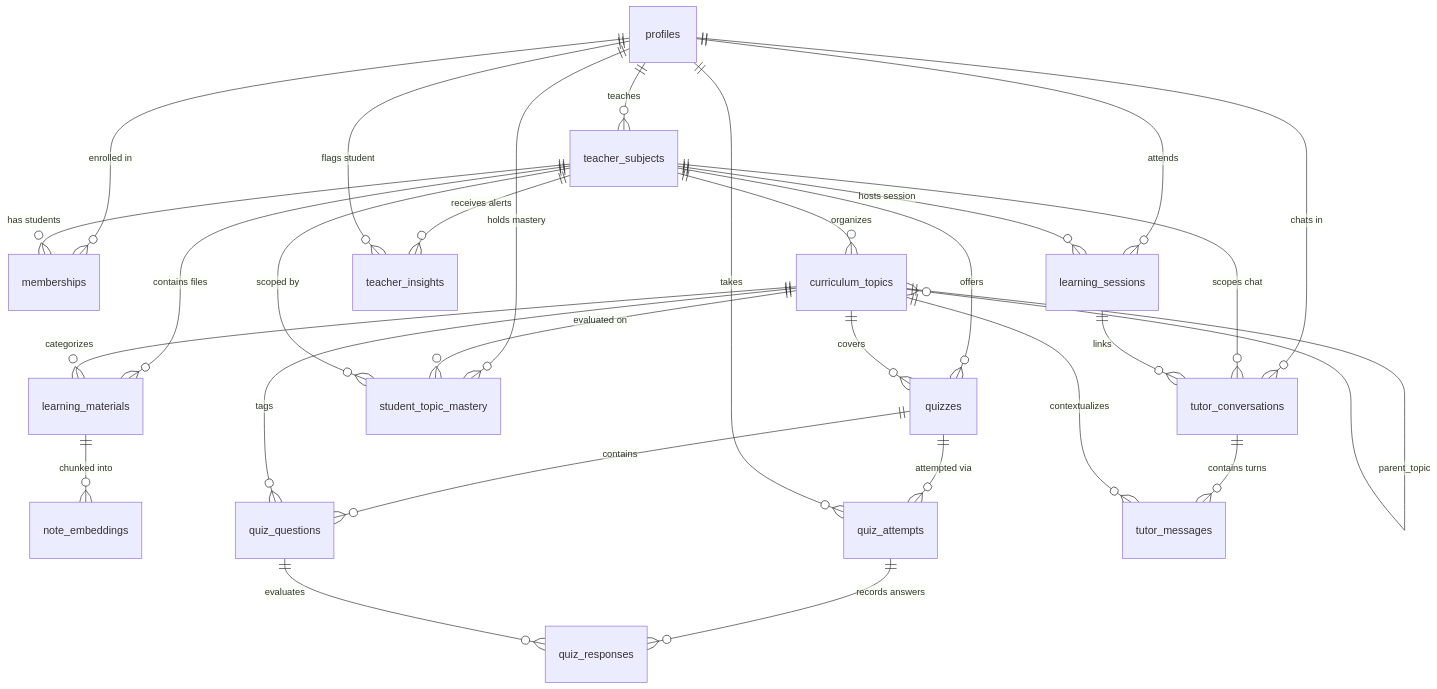
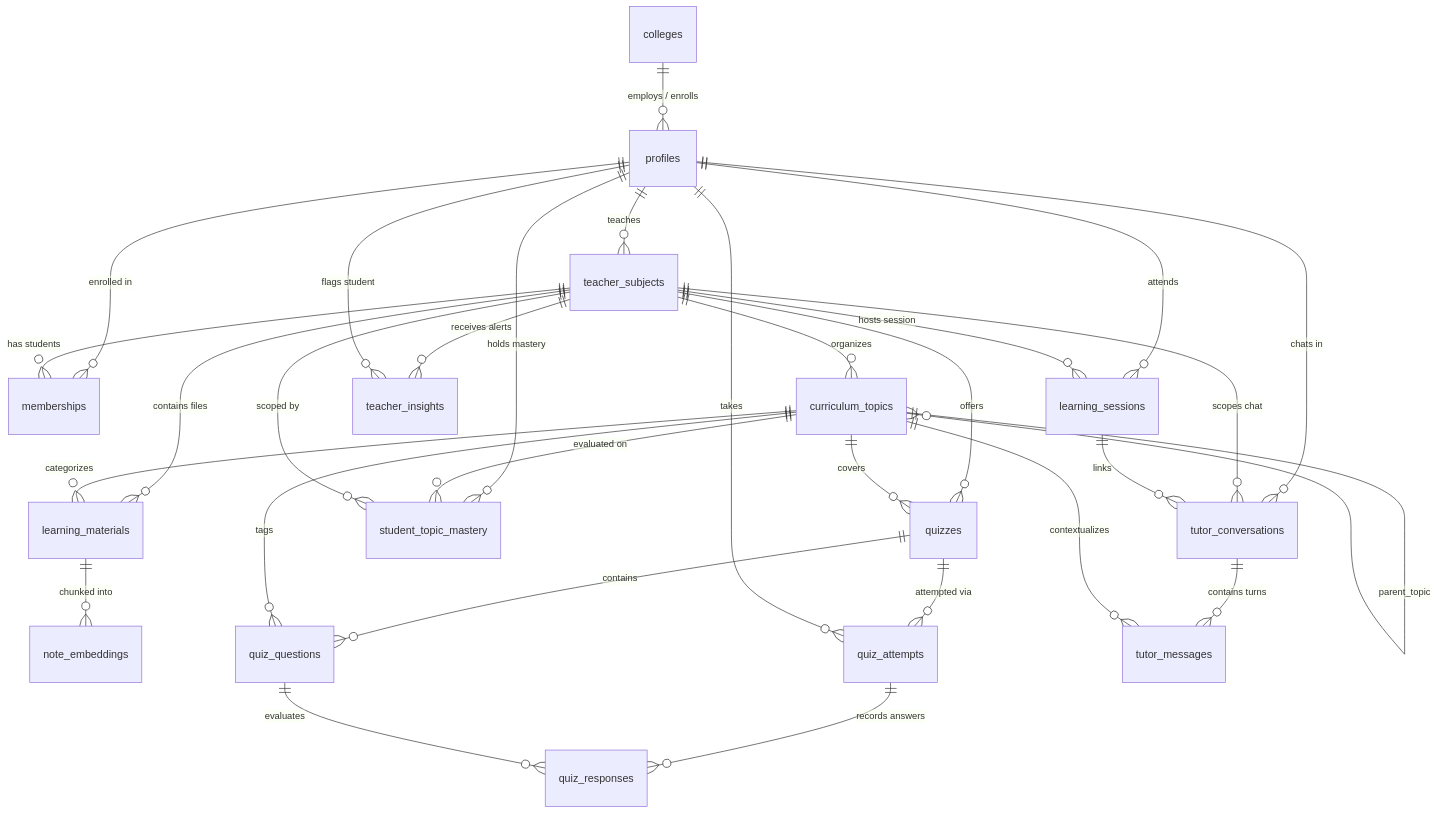
Before and after one commit to Srinanth/ThinkFirst: the diagram in docs/DATABASE.md, drawn with Mermaid. The commit also changed other lines of this file and 12 other files, not shown here.

````diff
--- a/docs/DATABASE.md
+++ b/docs/DATABASE.md
@@ -26,31 +26,32 @@
 ```mermaid
 erDiagram
+    colleges ||--o{ profiles : "employs / enrolls"
     profiles ||--o{ teacher_subjects : "teaches"
     profiles ||--o{ memberships : "enrolled in"
     teacher_subjects ||--o{ memberships : "has students"
     teacher_subjects ||--o{ curriculum_topics : "organizes"
     curriculum_topics ||--o{ curriculum_topics : "parent_topic"
     teacher_subjects ||--o{ learning_materials : "contains files"
     curriculum_topics ||--o{ learning_materials : "categorizes"
     learning_materials ||--o{ note_embeddings : "chunked into"
     teacher_subjects ||--o{ quizzes : "offers"
     curriculum_topics ||--o{ quizzes : "covers"
     quizzes ||--o{ quiz_questions : "contains"
     curriculum_topics ||--o{ quiz_questions : "tags"
     quizzes ||--o{ quiz_attempts : "attempted via"
     profiles ||--o{ quiz_attempts : "takes"
     quiz_attempts ||--o{ quiz_responses : "records answers"
     quiz_questions ||--o{ quiz_responses : "evaluates"
     profiles ||--o{ student_topic_mastery : "holds mastery"
     curriculum_topics ||--o{ student_topic_mastery : "evaluated on"
     teacher_subjects ||--o{ student_topic_mastery : "scoped by"
     profiles ||--o{ learning_sessions : "attends"
     teacher_subjects ||--o{ learning_sessions : "hosts session"
     profiles ||--o{ tutor_conversations : "chats in"
     teacher_subjects ||--o{ tutor_conversations : "scopes chat"
     learning_sessions ||--o{ tutor_conversations : "links"
     tutor_conversations ||--o{ tutor_messages : "contains turns"
     curriculum_topics ||--o{ tutor_messages : "contextualizes"
     teacher_subjects ||--o{ teacher_insights : "receives alerts"
     profiles ||--o{ teacher_insights : "flags student"
 ```
````
